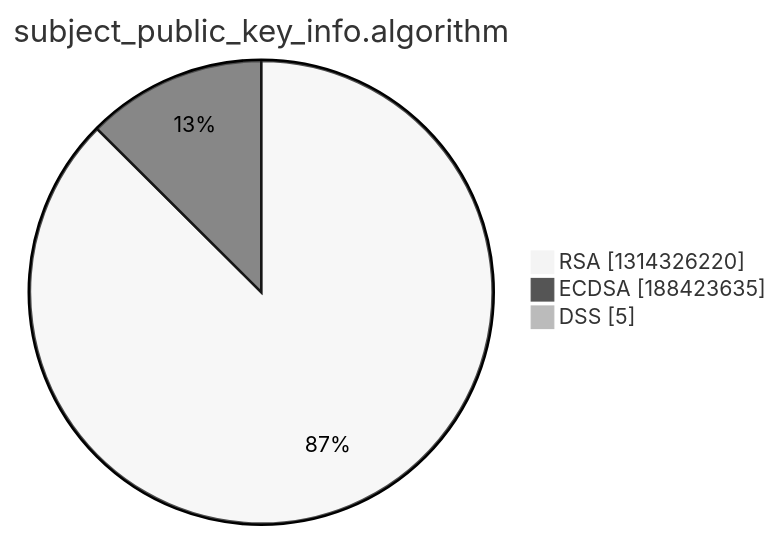
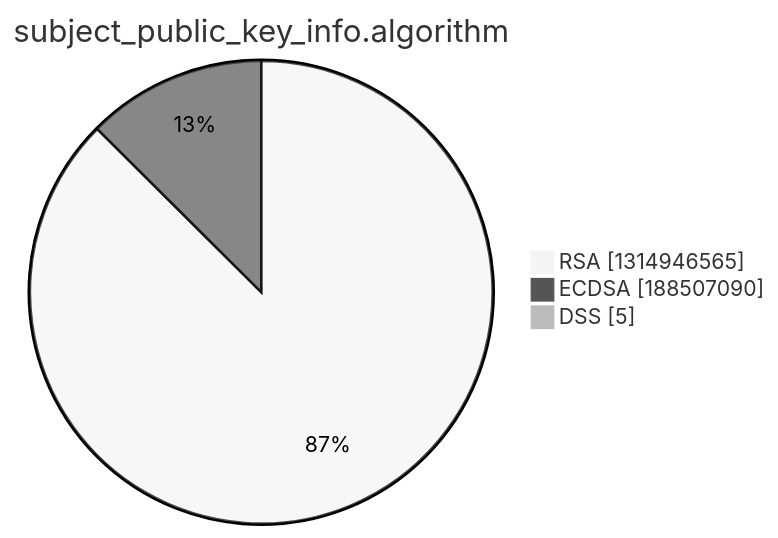
Before and after one commit to christiankrug/ctmonitor_visualization: the third of 15 diagrams in xenon2022/README.md, drawn with Mermaid (neutral theme). The commit also changed other lines of this file, not shown here.

````diff
--- a/xenon2022/README.md
+++ b/xenon2022/README.md
@@ -14,7 +14,7 @@
 ```mermaid
 pie showData
 title subject_public_key_info.algorithm
-"RSA" :1314326220
-"ECDSA" :188423635
+"RSA" :1314946565
+"ECDSA" :188507090
 "DSS" :5
 ```
````
